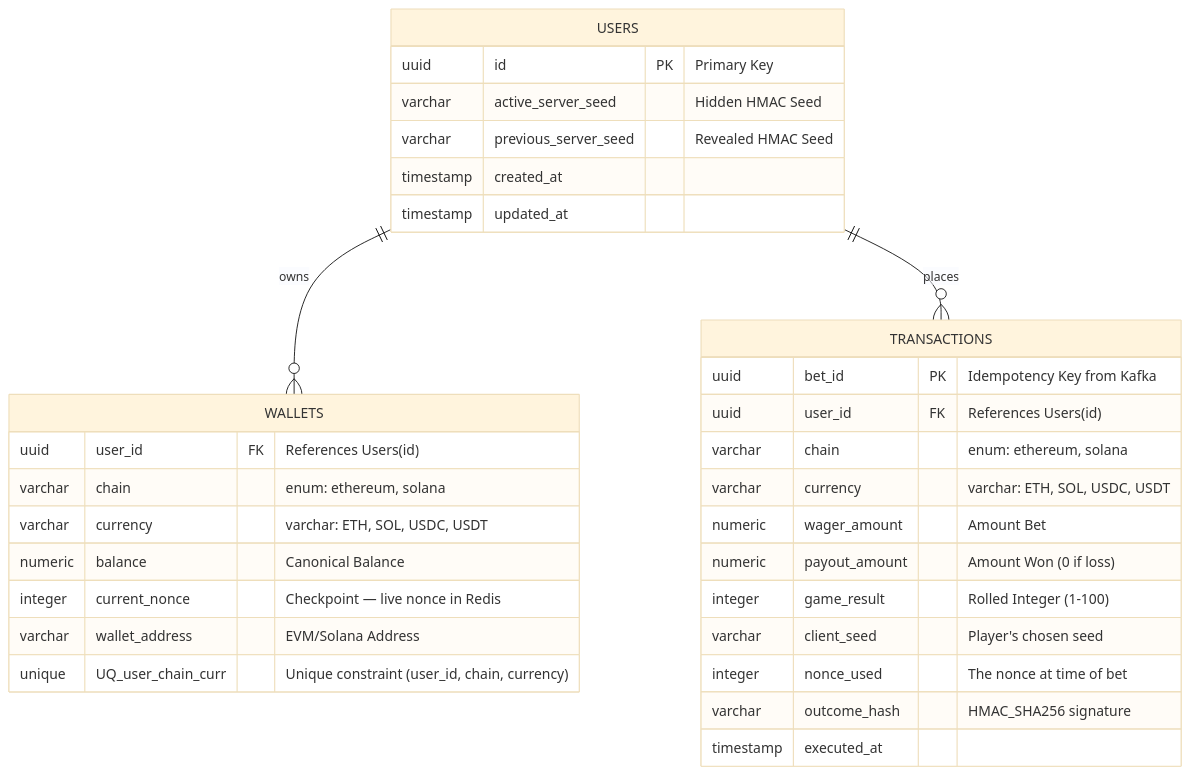
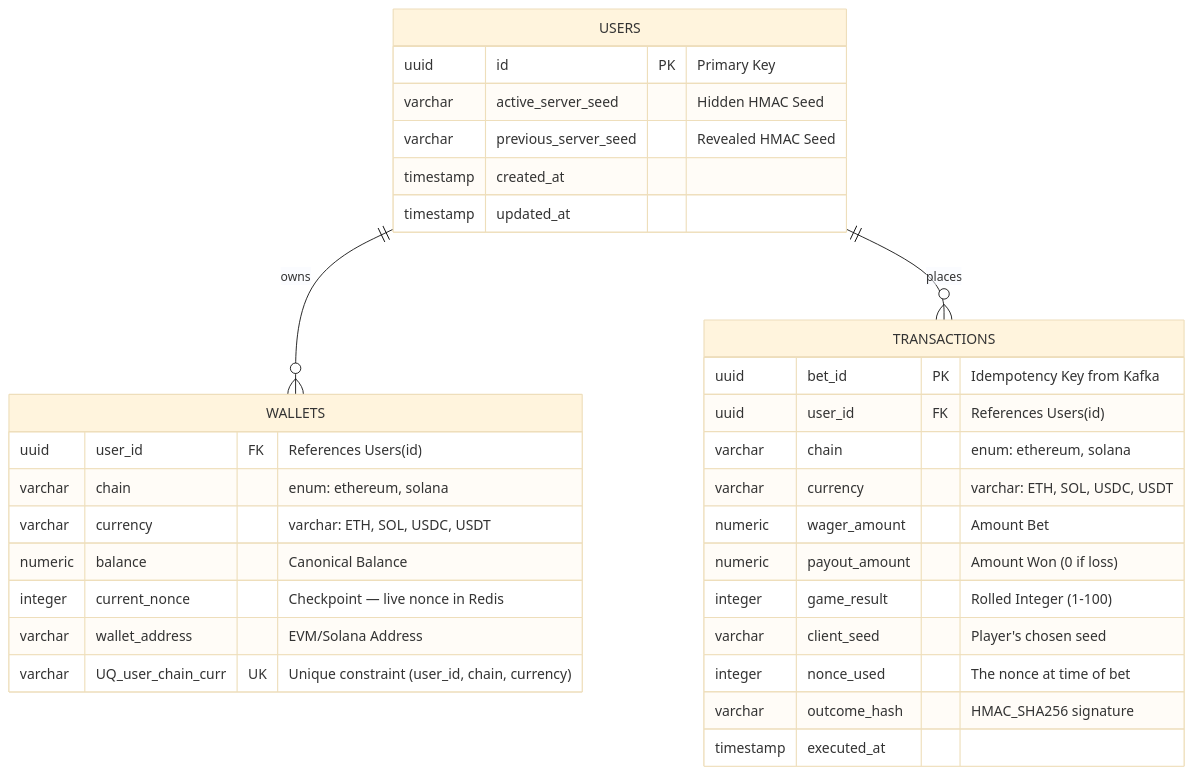
Before and after one commit to Fennzo/DiceTilt: the third of 3 diagrams in documentation/implementation_plan.md, drawn with Mermaid (base theme). The commit also changed other lines of this file and 16 other files, not shown here.

````diff
--- a/documentation/implementation_plan.md
+++ b/documentation/implementation_plan.md
@@ -496,34 +499,34 @@
 ```mermaid
 erDiagram
     USERS ||--o{ WALLETS : "owns"
     USERS ||--o{ TRANSACTIONS : "places"
     USERS {
         uuid id PK "Primary Key"
         varchar active_server_seed "Hidden HMAC Seed"
         varchar previous_server_seed "Revealed HMAC Seed"
         timestamp created_at
         timestamp updated_at
     }
     WALLETS {
         uuid user_id FK "References Users(id)"
         varchar chain "enum: ethereum, solana"
         varchar currency "varchar: ETH, SOL, USDC, USDT"
         numeric balance "Canonical Balance"
         integer current_nonce "Checkpoint — live nonce in Redis"
         varchar wallet_address "EVM/Solana Address"
-        unique UQ_user_chain_curr "Unique constraint (user_id, chain, currency)"
+        varchar UQ_user_chain_curr UK "Unique constraint (user_id, chain, currency)"
     }
     TRANSACTIONS {
         uuid bet_id PK "Idempotency Key from Kafka"
         uuid user_id FK "References Users(id)"
         varchar chain "enum: ethereum, solana"
         varchar currency "varchar: ETH, SOL, USDC, USDT"
         numeric wager_amount "Amount Bet"
         numeric payout_amount "Amount Won (0 if loss)"
         integer game_result "Rolled Integer (1-100)"
         varchar client_seed "Player's chosen seed"
         integer nonce_used "The nonce at time of bet"
         varchar outcome_hash "HMAC_SHA256 signature"
         timestamp executed_at
     }
 ```
````
